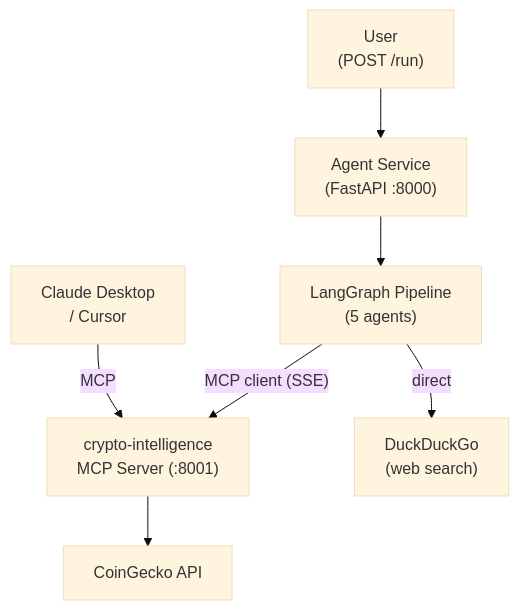
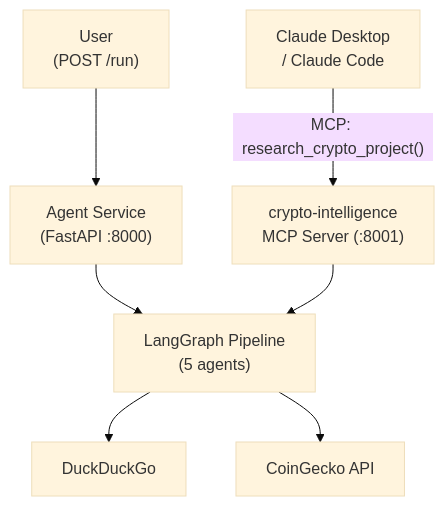
The third of 7 diagrams in docs/curriculum.md (ksopyla/agent-patterns-lab), drawn with Mermaid (base theme) before and after one commit. The commit also changed other lines of this file and 13 other files, not shown here.

````diff
--- a/docs/curriculum.md
+++ b/docs/curriculum.md
@@ -165,9 +165,9 @@
 ```mermaid
 graph TD
+    ClaudeDesktop["Claude Desktop\n/ Claude Code"] -->|"MCP: research_crypto_project()"| MCP["crypto-intelligence\nMCP Server (:8001)"]
     User["User\n(POST /run)"] --> FastAPI["Agent Service\n(FastAPI :8000)"]
     FastAPI --> Pipeline["LangGraph Pipeline\n(5 agents)"]
-    Pipeline -->|"MCP client (SSE)"| CryptoMCP["crypto-intelligence\nMCP Server (:8001)"]
-    Pipeline -->|direct| DDG["DuckDuckGo\n(web search)"]
-    CryptoMCP --> CoinGecko["CoinGecko API"]
-    ClaudeDesktop["Claude Desktop\n/ Cursor"] -->|MCP| CryptoMCP
+    MCP --> Pipeline
+    Pipeline --> DDG["DuckDuckGo"]
+    Pipeline --> CoinGecko["CoinGecko API"]
 ```
````
